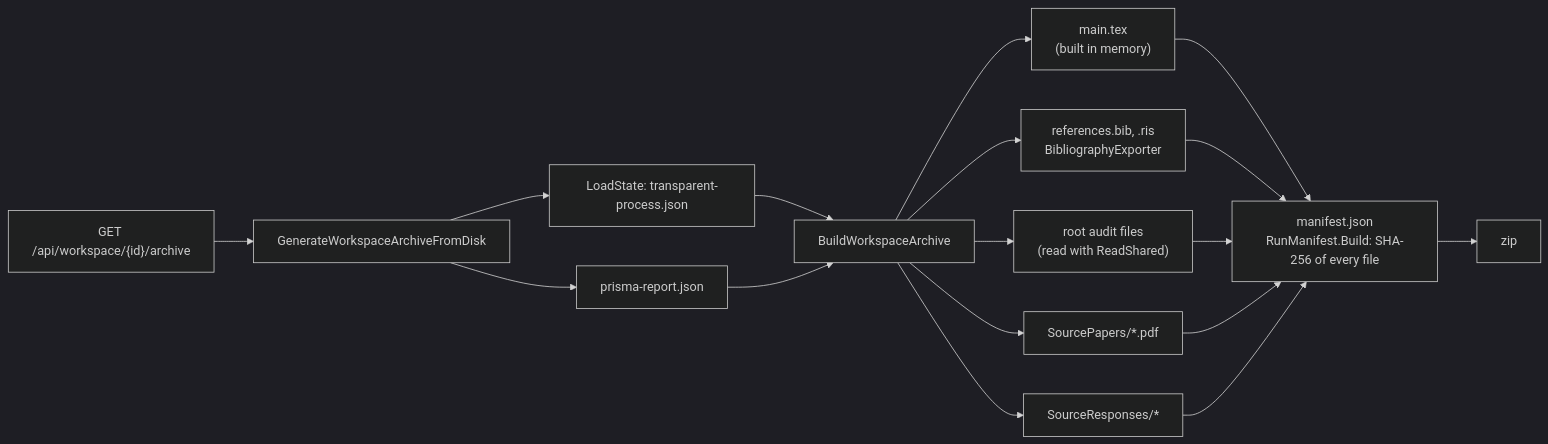
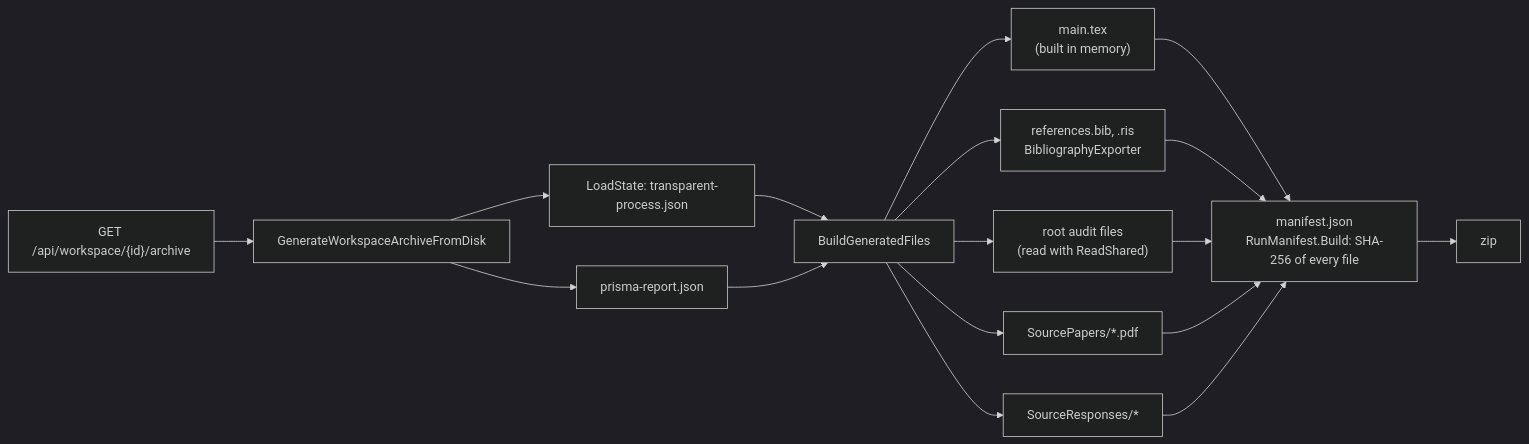
Before and after one commit to lauPhilip/au-btech-literature-review-agent: the second of 2 diagrams in docs/wiki/05-ledger-and-archive.md, drawn with Mermaid (dark theme). The commit also changed other lines of this file, not shown here.

First line of the commit message:
(docs): Say how the archive is written and main.tex is built

````diff
--- a/docs/wiki/05-ledger-and-archive.md
+++ b/docs/wiki/05-ledger-and-archive.md
@@ -168,14 +168,14 @@
 ```mermaid
 flowchart LR
     DL["GET /api/workspace/{id}/archive"] --> G["GenerateWorkspaceArchiveFromDisk"]
     G --> L1["LoadState: transparent-process.json"]
     G --> L2["prisma-report.json"]
-    L1 & L2 --> B["BuildWorkspaceArchive"]
+    L1 & L2 --> B["BuildGeneratedFiles"]
     B --> T["main.tex<br/>(built in memory)"]
     B --> BIB["references.bib, .ris<br/>BibliographyExporter"]
     B --> RF["root audit files<br/>(read with ReadShared)"]
     B --> SP["SourcePapers/*.pdf"]
     B --> SR["SourceResponses/*"]
     T & BIB & RF & SP & SR --> M["manifest.json<br/>RunManifest.Build: SHA-256 of every file"]
     M --> Z["zip"]
 ```
````
